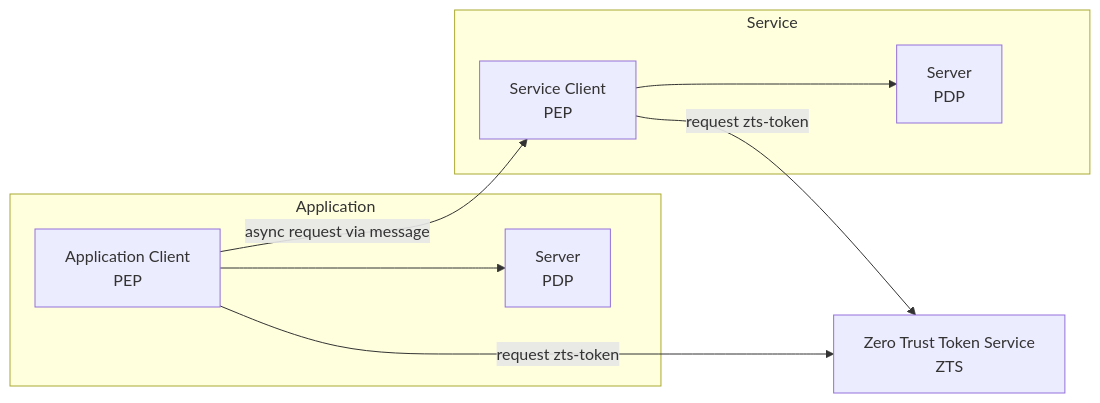
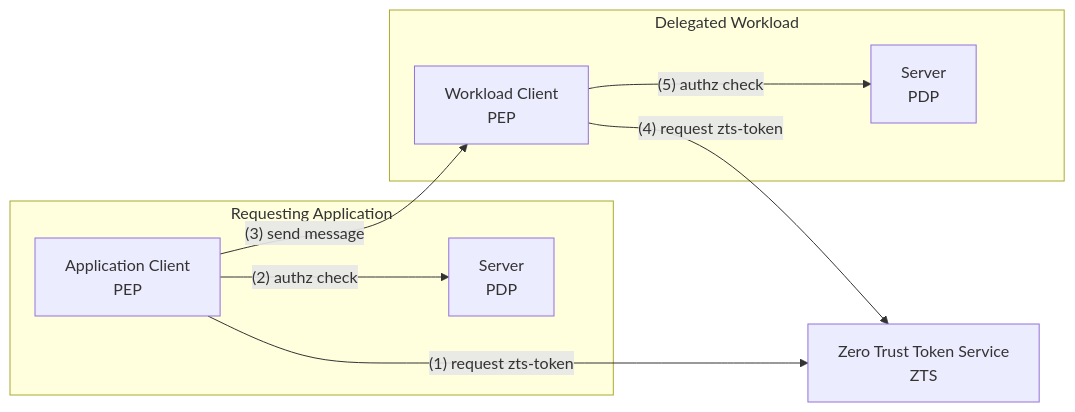
Before and after one commit to ztauthstar/ztauthstar: the second of 2 diagrams in content/openprotocolspec/2025-04-05/architecture/_index.md, drawn with Mermaid. The commit also changed other lines of this file, not shown here.

````diff
--- a/content/openprotocolspec/2025-04-05/architecture/_index.md
+++ b/content/openprotocolspec/2025-04-05/architecture/_index.md
@@ -75,21 +75,21 @@
 ```mermaid
 graph LR
-    subgraph "Application "
+    subgraph "Requesting Application "
         C1[Application Client <br> PEP]
         S1[Server <br> PDP]
-        C1 --> S1
+        C1 -- (2) authz check --> S1
     end
 
     ZTS["Zero Trust Token Service<br>ZTS"]
-    C1 -- request zts-token --> ZTS
-    C2 -- request zts-token --> ZTS
+    C1 -- (1) request zts-token --> ZTS
+    C2 -- (4) request zts-token --> ZTS
 
-    subgraph "Service"
-        C2[Service Client <br> PEP]
+    subgraph "Delegated Workload"
+        C2[Workload Client <br> PEP]
         S2[Server <br> PDP]
-        C2 --> S2
+        C2 -- (5) authz check --> S2
     end
 
-    C1 -- async request via message --> C2
+    C1 -- (3) send message --> C2
     
 ```
````
